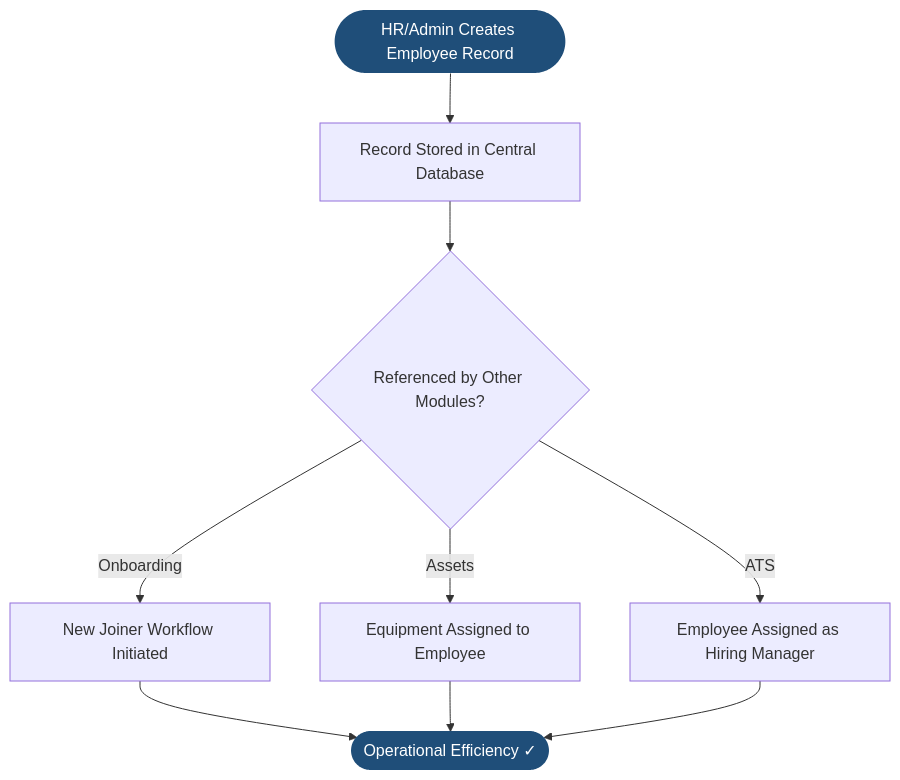
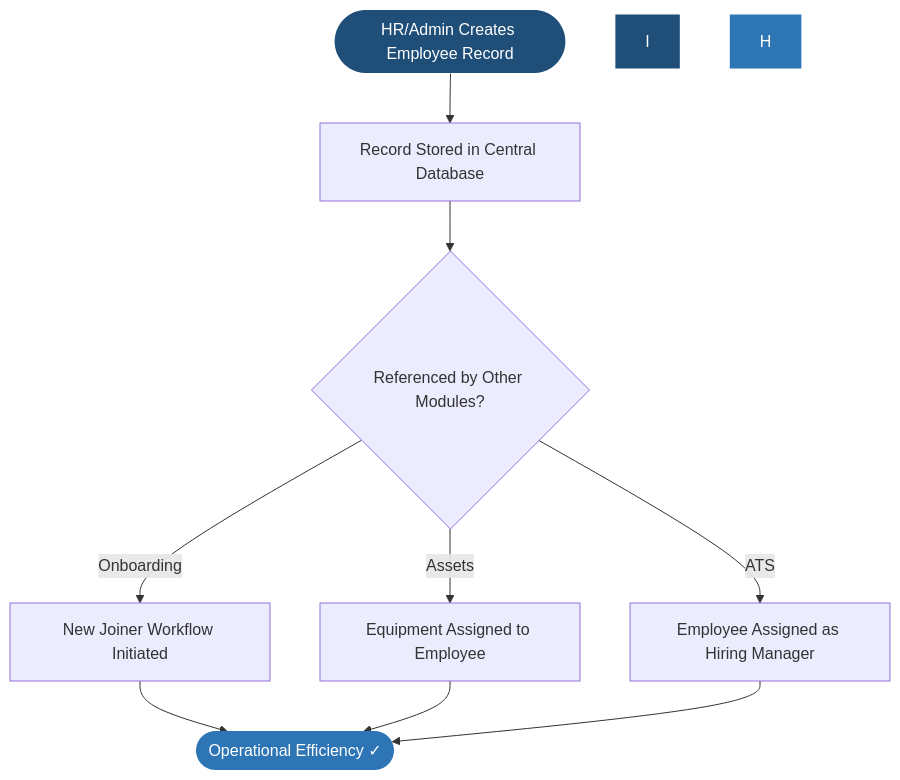
Before and after one commit to ATDawnTech/HubV2: diagram 15 of 18 in docs/ADT_Hub_Spec_Plan.md, drawn with Mermaid. The commit also changed other lines of this file, not shown here.

````diff
--- a/docs/ADT_Hub_Spec_Plan.md
+++ b/docs/ADT_Hub_Spec_Plan.md
@@ -543,14 +548,16 @@
 ```mermaid
 flowchart TD
     A([HR/Admin Creates Employee Record]) --> B[Record Stored in Central Database]
     B --> C{Referenced by Other Modules?}
     C -->|Onboarding| D[New Joiner Workflow Initiated]
     C -->|Assets| E[Equipment Assigned to Employee]
     C -->|ATS| F[Employee Assigned as Hiring Manager]
     D --> G([Operational Efficiency ✓])
     E --> G
     F --> G
 
     style A fill:#1F4E79,color:#fff,stroke:none
-    style G fill:#1F4E79,color:#fff,stroke:none
+    style I fill:#1F4E79,color:#fff,stroke:none
+    style G fill:#2E75B6,color:#fff,stroke:none
+    style H fill:#2E75B6,color:#fff,stroke:none
 ```
````
